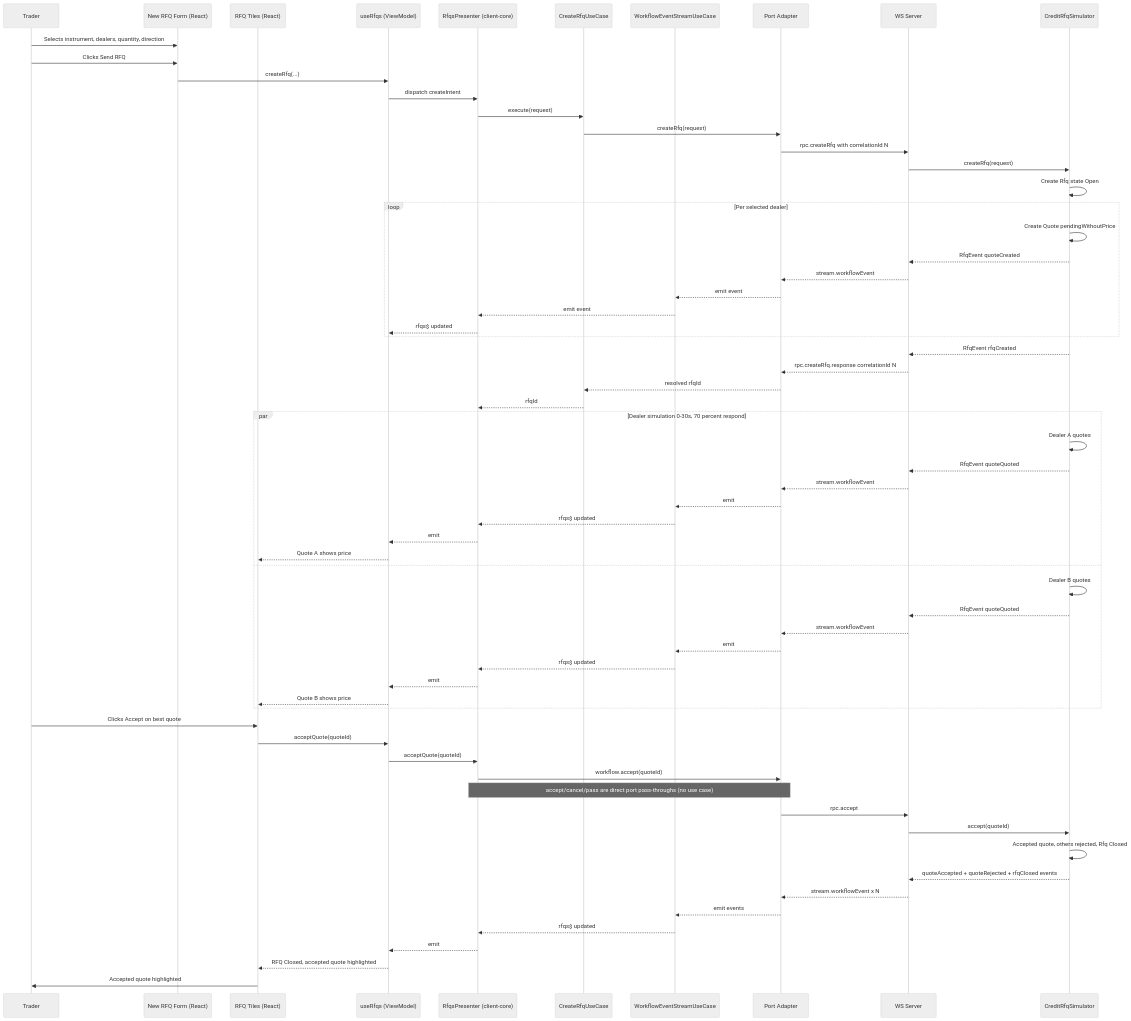
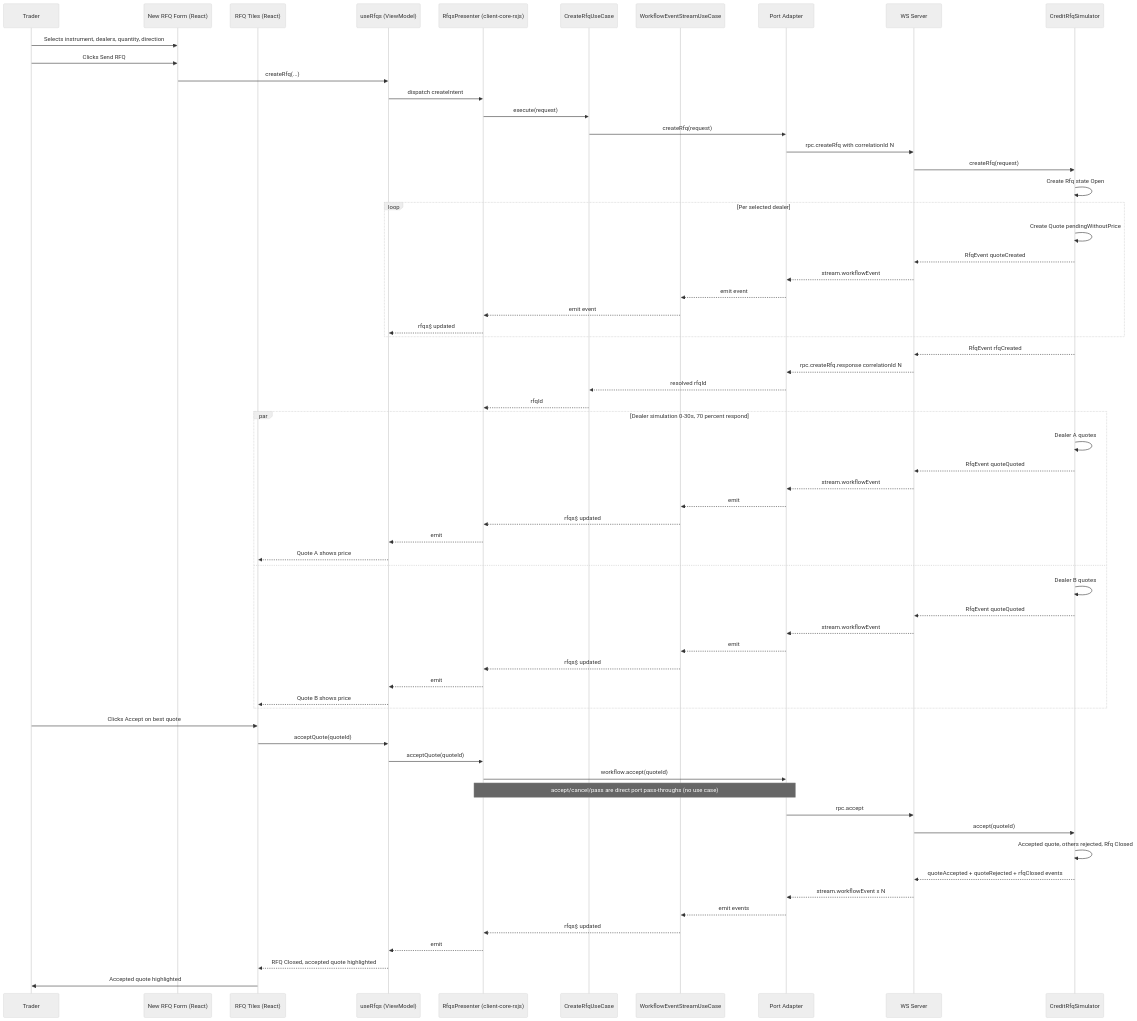
One commit to bettersoftware-io/ReactiveTraderCloudClone changed the third of 4 diagrams in docs/architecture/04-sequence-diagrams.md. Above: the diagram before and after it, drawn with Mermaid (neutral theme). The commit also changed other lines of this file and 43 other files, not shown here.

````diff
--- a/docs/architecture/04-sequence-diagrams.md
+++ b/docs/architecture/04-sequence-diagrams.md
@@ -99,71 +99,71 @@
 ```mermaid
 sequenceDiagram
     participant Trader
     participant Form as New RFQ Form (React)
     participant Tiles as RFQ Tiles (React)
     participant Hook as useRfqs (ViewModel)
-    participant Presenter as RfqsPresenter (client-core)
+    participant Presenter as RfqsPresenter (client-core-rxjs)
     participant CreateUC as CreateRfqUseCase
     participant EventsUC as WorkflowEventStreamUseCase
     participant Adapter as Port Adapter
     participant Server as WS Server
     participant Sim as CreditRfqSimulator
 
     Trader->>Form: Selects instrument, dealers, quantity, direction
     Trader->>Form: Clicks Send RFQ
     Form->>Hook: createRfq(...)
     Hook->>Presenter: dispatch createIntent
     Presenter->>CreateUC: execute(request)
     CreateUC->>Adapter: createRfq(request)
     Adapter->>Server: rpc.createRfq with correlationId N
     Server->>Sim: createRfq(request)
     Sim->>Sim: Create Rfq state Open
 
     loop Per selected dealer
         Sim->>Sim: Create Quote pendingWithoutPrice
         Sim-->>Server: RfqEvent quoteCreated
         Server-->>Adapter: stream.workflowEvent
         Adapter-->>EventsUC: emit event
         EventsUC-->>Presenter: emit event
         Presenter-->>Hook: rfqs$ updated
     end
 
     Sim-->>Server: RfqEvent rfqCreated
     Server-->>Adapter: rpc.createRfq.response correlationId N
     Adapter-->>CreateUC: resolved rfqId
     CreateUC-->>Presenter: rfqId
 
     par Dealer simulation 0-30s, 70 percent respond
         Sim->>Sim: Dealer A quotes
         Sim-->>Server: RfqEvent quoteQuoted
         Server-->>Adapter: stream.workflowEvent
         Adapter-->>EventsUC: emit
         EventsUC-->>Presenter: rfqs$ updated
         Presenter-->>Hook: emit
         Hook-->>Tiles: Quote A shows price
     and
         Sim->>Sim: Dealer B quotes
         Sim-->>Server: RfqEvent quoteQuoted
         Server-->>Adapter: stream.workflowEvent
         Adapter-->>EventsUC: emit
         EventsUC-->>Presenter: rfqs$ updated
         Presenter-->>Hook: emit
         Hook-->>Tiles: Quote B shows price
     end
 
     Trader->>Tiles: Clicks Accept on best quote
     Tiles->>Hook: acceptQuote(quoteId)
     Hook->>Presenter: acceptQuote(quoteId)
     Presenter->>Adapter: workflow.accept(quoteId)
     Note over Presenter,Adapter: accept/cancel/pass are direct port pass-throughs (no use case)
     Adapter->>Server: rpc.accept
     Server->>Sim: accept(quoteId)
     Sim->>Sim: Accepted quote, others rejected, Rfq Closed
     Sim-->>Server: quoteAccepted + quoteRejected + rfqClosed events
     Server-->>Adapter: stream.workflowEvent x N
     Adapter-->>EventsUC: emit events
     EventsUC-->>Presenter: rfqs$ updated
     Presenter-->>Hook: emit
     Hook-->>Tiles: RFQ Closed, accepted quote highlighted
     Tiles->>Trader: Accepted quote highlighted
 ```
````
